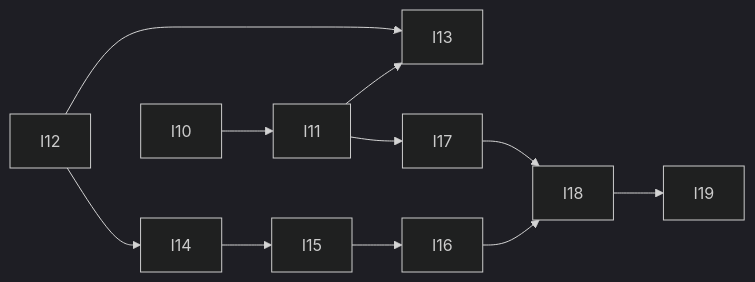
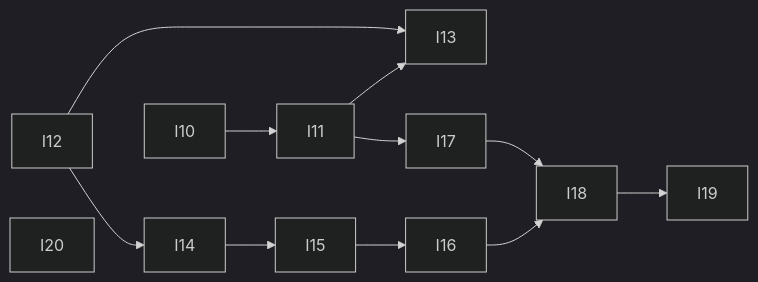
Before and after one commit to vespaiach/glance: the diagram in docs/execution-plan.md, drawn with Mermaid (dark theme). The commit also changed other lines of this file, not shown here.

````diff
--- a/docs/execution-plan.md
+++ b/docs/execution-plan.md
@@ -47,13 +48,14 @@
 ```mermaid
 graph LR
   I10 --> I11
   I11 --> I13
   I12 --> I13
   I12 --> I14
   I14 --> I15
   I15 --> I16
   I11 --> I17
   I16 --> I18
   I17 --> I18
   I18 --> I19
+  I20
 ```
````
